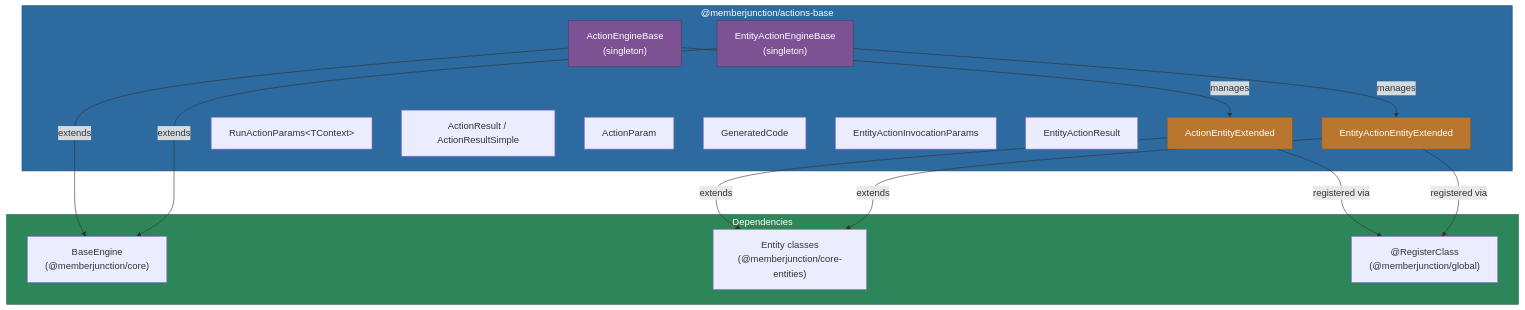
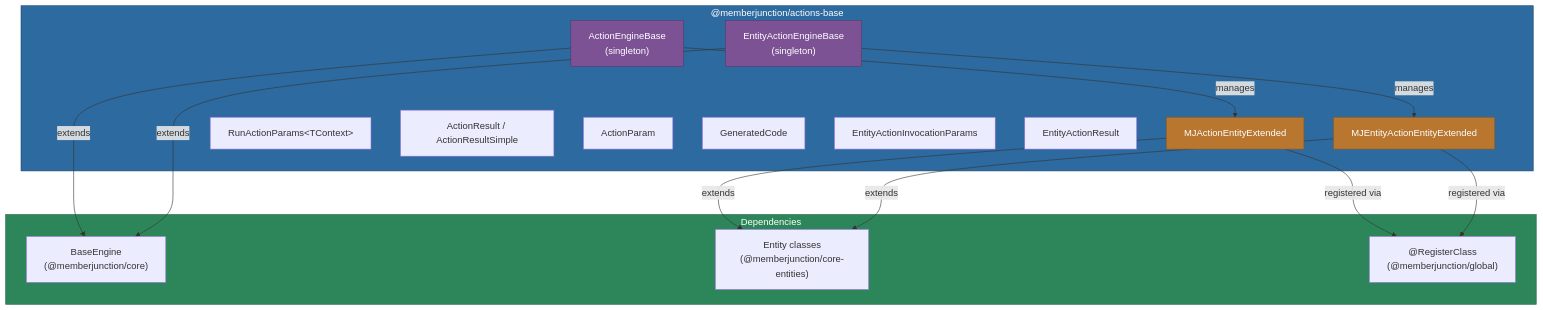
The first of 2 diagrams in packages/Actions/Base/README.md (MemberJunction/MJ), drawn with Mermaid before and after one commit. The commit also changed other lines of this file and 246 other files, not shown here.

````diff
--- a/packages/Actions/Base/README.md
+++ b/packages/Actions/Base/README.md
@@ -17,37 +17,37 @@
 ```mermaid
 graph TD
     subgraph BasePackage["@memberjunction/actions-base"]
         AEB["ActionEngineBase\n(singleton)"]
         EAEB["EntityActionEngineBase\n(singleton)"]
-        AEX["ActionEntityExtended"]
-        EAEX["EntityActionEntityExtended"]
+        AEX["MJActionEntityExtended"]
+        EAEX["MJEntityActionEntityExtended"]
         RAP["RunActionParams&lt;TContext&gt;"]
         AR["ActionResult / ActionResultSimple"]
         AP["ActionParam"]
         GC["GeneratedCode"]
         EAIP["EntityActionInvocationParams"]
         EAR["EntityActionResult"]
     end
 
     subgraph CoreDeps["Dependencies"]
         BE["BaseEngine\n(@memberjunction/core)"]
         CE["Entity classes\n(@memberjunction/core-entities)"]
         RC["@RegisterClass\n(@memberjunction/global)"]
     end
 
     AEB -->|extends| BE
     EAEB -->|extends| BE
     AEX -->|extends| CE
     EAEX -->|extends| CE
     AEX -->|registered via| RC
     EAEX -->|registered via| RC
     AEB -->|manages| AEX
     EAEB -->|manages| EAEX
 
     style BasePackage fill:#2d6a9f,stroke:#1a4971,color:#fff
     style CoreDeps fill:#2d8659,stroke:#1a5c3a,color:#fff
     style AEB fill:#7c5295,stroke:#563a6b,color:#fff
     style EAEB fill:#7c5295,stroke:#563a6b,color:#fff
     style AEX fill:#b8762f,stroke:#8a5722,color:#fff
     style EAEX fill:#b8762f,stroke:#8a5722,color:#fff
 ```
````
